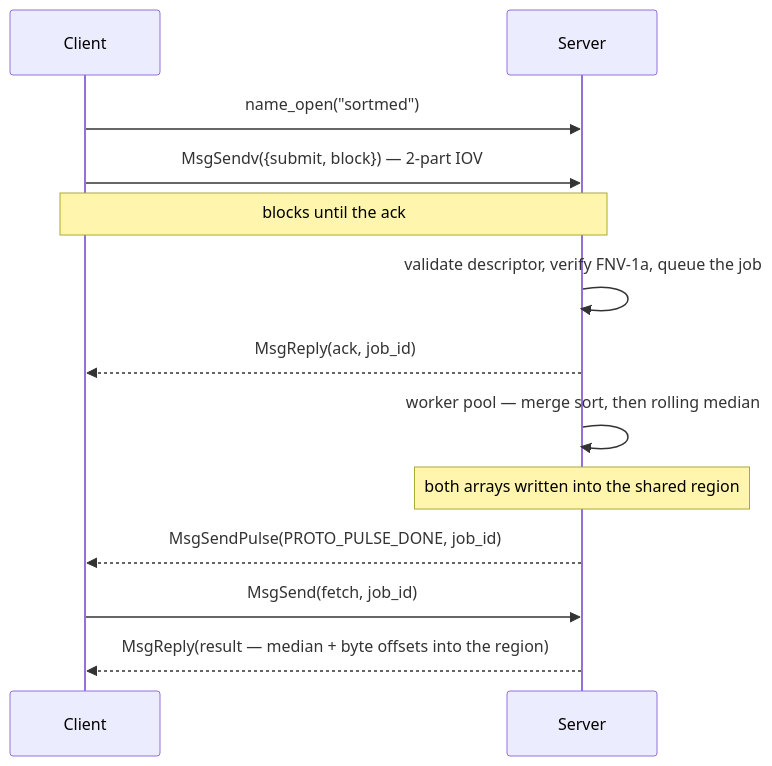
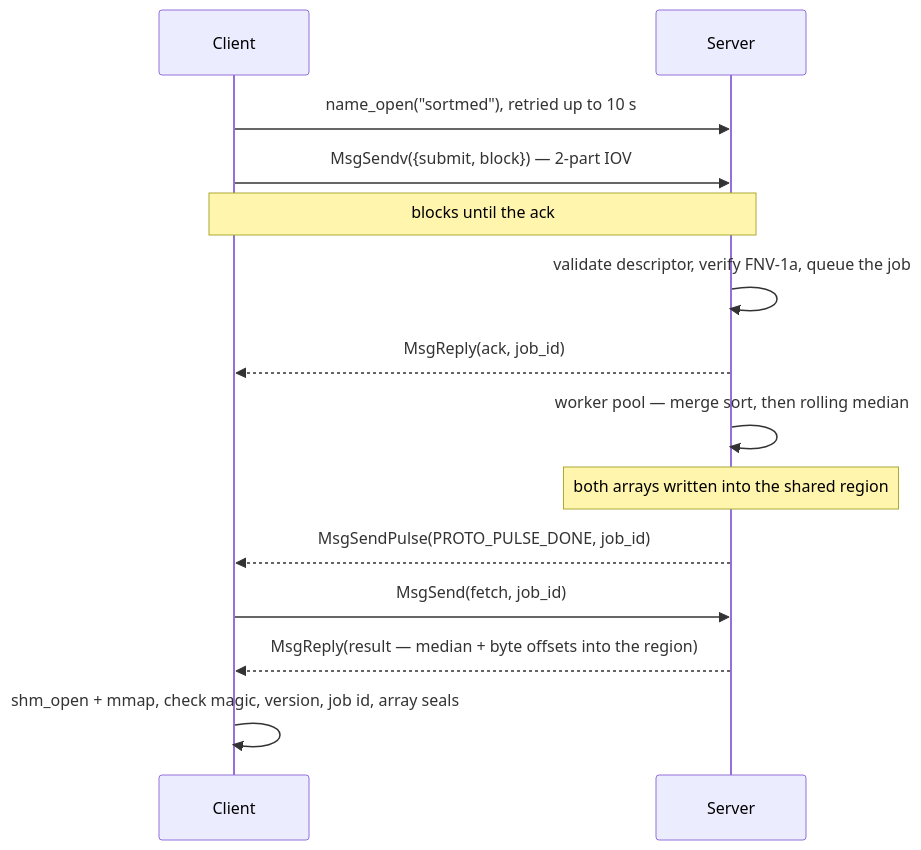
The third of 6 diagrams in docs/IMPLEMENTATION.md (Sanjay5421/qnx-rtos-sorting-filter), drawn with Mermaid before and after one commit. The commit also changed other lines of this file and 1 other file, not shown here.

````diff
--- a/docs/IMPLEMENTATION.md
+++ b/docs/IMPLEMENTATION.md
@@ -248,15 +222,16 @@
 ```mermaid
 sequenceDiagram
     participant C as Client
     participant S as Server
-    C->>S: name_open("sortmed")
+    C->>S: name_open("sortmed"), retried up to 10 s
     C->>S: MsgSendv({submit, block}) — 2-part IOV
     Note over C,S: blocks until the ack
     S->>S: validate descriptor, verify FNV-1a, queue the job
     S-->>C: MsgReply(ack, job_id)
     S->>S: worker pool — merge sort, then rolling median
     Note over S: both arrays written into the shared region
     S-->>C: MsgSendPulse(PROTO_PULSE_DONE, job_id)
     C->>S: MsgSend(fetch, job_id)
     S-->>C: MsgReply(result — median + byte offsets into the region)
+    C->>C: shm_open + mmap, check magic, version, job id, array seals
 ```
````
